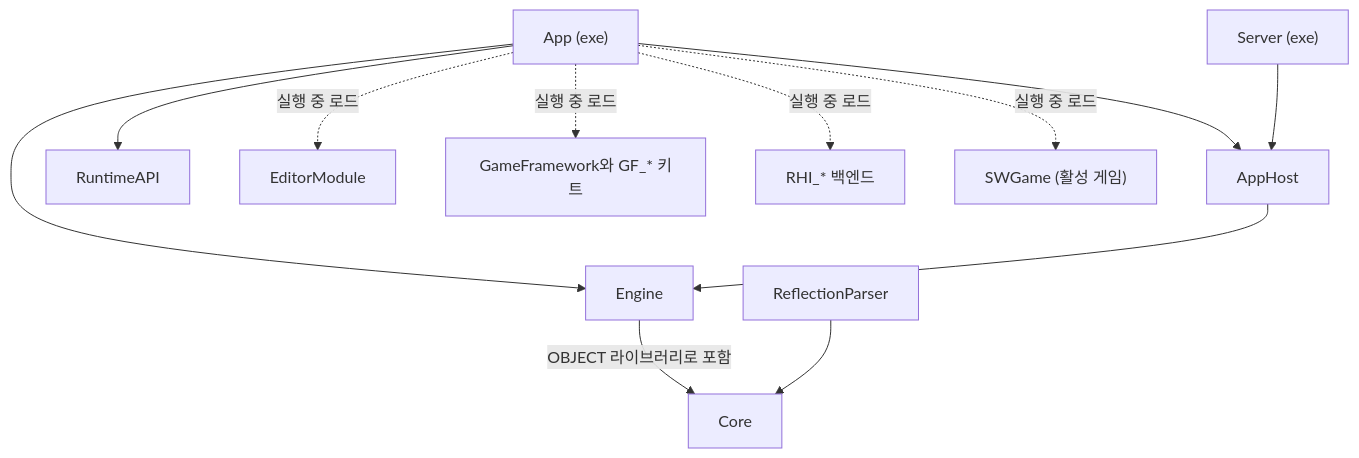
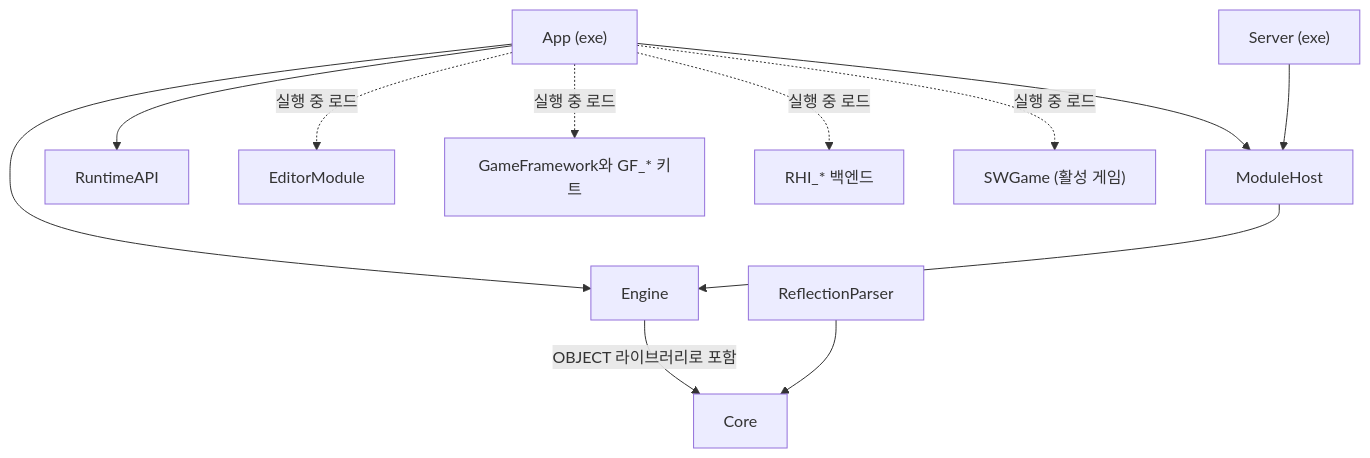
One commit to sswgame/LearningTemplate changed the diagram in ARCHITECTURE.md. Above: the diagram before and after it, drawn with Mermaid. The commit also changed other lines of this file and 52 other files, not shown here.

First line of the commit message:
빌드 - AppHost 를 ModuleHost 로 개명하고 FixedTimestep 을 Engine/Config 로 옮긴다

````diff
--- a/ARCHITECTURE.md
+++ b/ARCHITECTURE.md
@@ -11,14 +11,14 @@
 ```mermaid
 graph TD
-    App["App (exe)"] --> AppHost
+    App["App (exe)"] --> ModuleHost
     App --> Engine
     App --> RuntimeAPI
-    Server["Server (exe)"] --> AppHost
-    AppHost --> Engine
+    Server["Server (exe)"] --> ModuleHost
+    ModuleHost --> Engine
     Engine -->|OBJECT 라이브러리로 포함| Core
     App -.->|실행 중 로드| EditorModule
     App -.->|실행 중 로드| GameFramework["GameFramework와 GF_* 키트"]
     App -.->|실행 중 로드| RHI["RHI_* 백엔드"]
     App -.->|실행 중 로드| SWGame["SWGame (활성 게임)"]
     ReflectionParser --> Core
 ```
````
